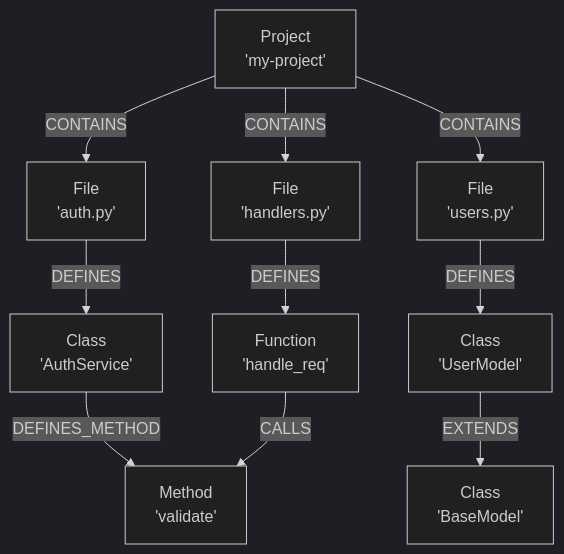
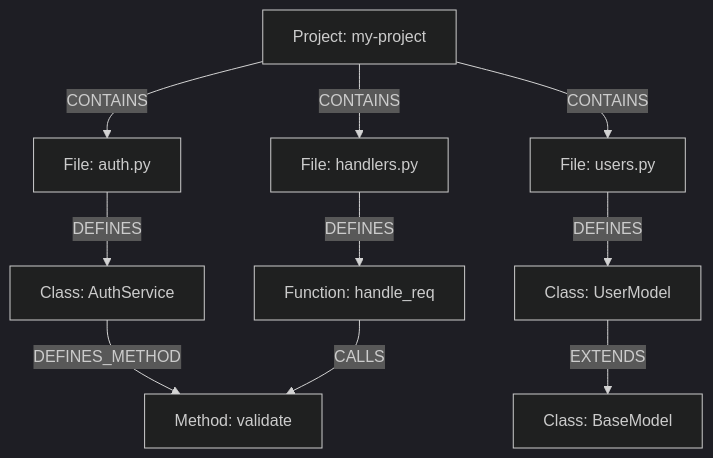
One commit to iAmLakshya/Lattice changed the third of 8 diagrams in README.md. Above: the diagram before and after it, drawn with Mermaid (dark theme). The commit also changed other lines of this file, not shown here.

````diff
--- a/README.md
+++ b/README.md
@@ -340,16 +340,16 @@
 ```mermaid
 graph TB
-    Project["Project\n'my-project'"]
+    Project["Project: my-project"]
 
-    Project -->|CONTAINS| File1["File\n'auth.py'"]
-    Project -->|CONTAINS| File2["File\n'users.py'"]
-    Project -->|CONTAINS| File3["File\n'handlers.py'"]
+    Project -->|CONTAINS| File1["File: auth.py"]
+    Project -->|CONTAINS| File2["File: users.py"]
+    Project -->|CONTAINS| File3["File: handlers.py"]
 
-    File1 -->|DEFINES| Class1["Class\n'AuthService'"]
-    File2 -->|DEFINES| Class2["Class\n'UserModel'"]
-    File3 -->|DEFINES| Func1["Function\n'handle_req'"]
+    File1 -->|DEFINES| Class1["Class: AuthService"]
+    File2 -->|DEFINES| Class2["Class: UserModel"]
+    File3 -->|DEFINES| Func1["Function: handle_req"]
 
-    Class1 -->|DEFINES_METHOD| Method1["Method\n'validate'"]
-    Class2 -->|EXTENDS| BaseModel["Class\n'BaseModel'"]
+    Class1 -->|DEFINES_METHOD| Method1["Method: validate"]
+    Class2 -->|EXTENDS| BaseModel["Class: BaseModel"]
     Func1 -->|CALLS| Method1
 ```
````
